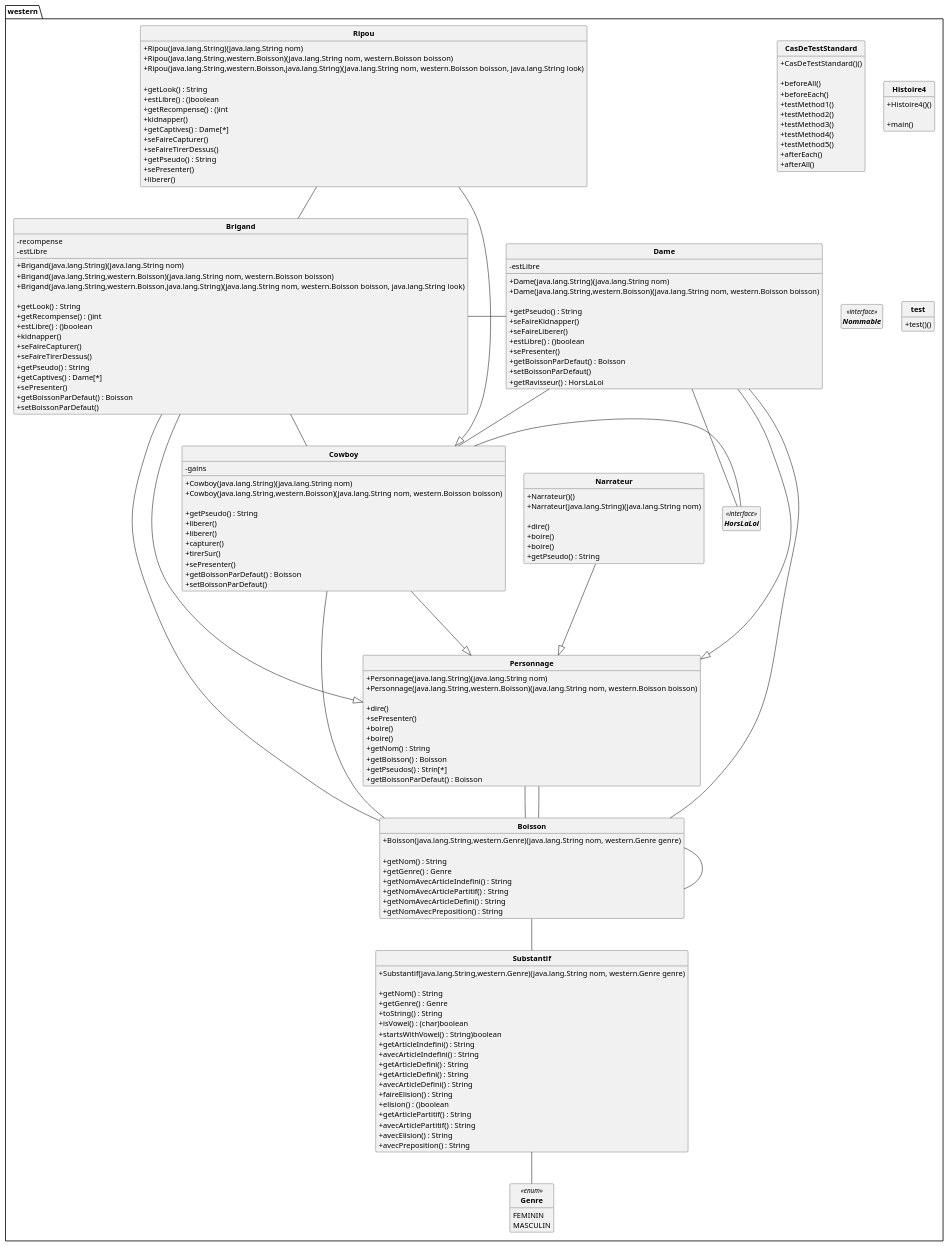
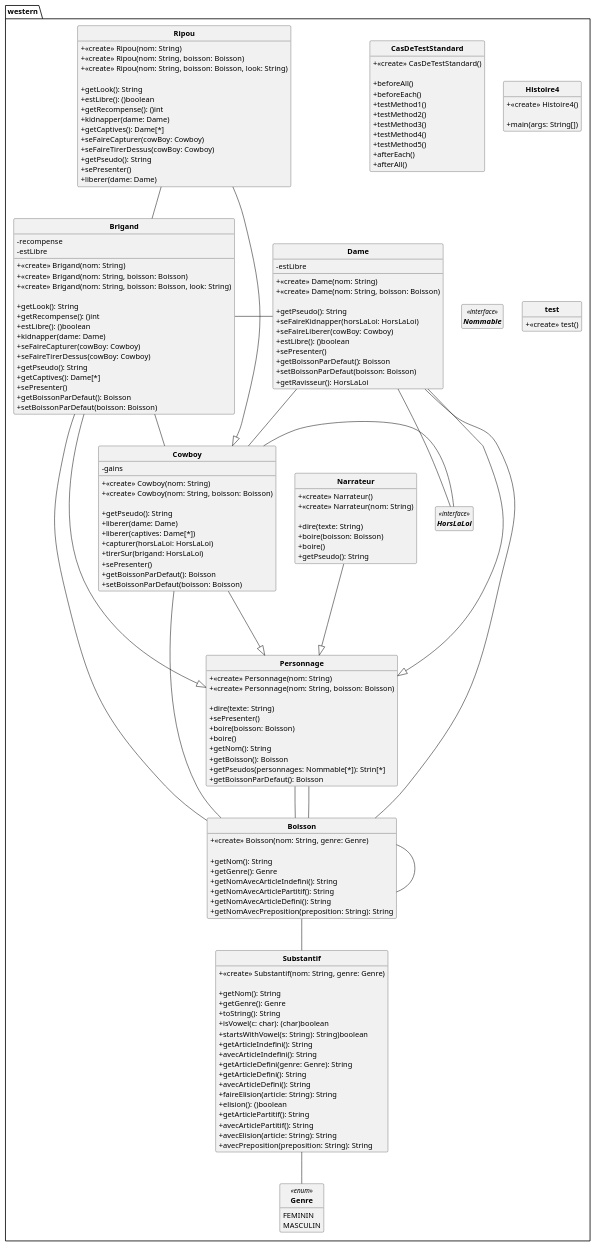
One commit to SylvainSchaefer/Java-to-PUML changed the diagram in src/pumlFromJava/DC_Western.puml. Above: the diagram before and after it, drawn with PlantUML. The commit also changed 1 other file, not shown here.

```diff
--- a/src/pumlFromJava/DC_Western.puml
+++ b/src/pumlFromJava/DC_Western.puml
@@ -7,14 +7,14 @@
 
 Class western.Boisson{
 
-+ Boisson(java.lang.String,western.Genre)(java.lang.String nom, western.Genre genre)
++ <<create>> Boisson(nom: String, genre: Genre)
 
-+ getNom() : String
-+ getGenre() : Genre
-+ getNomAvecArticleIndefini() : String
-+ getNomAvecArticlePartitif() : String
-+ getNomAvecArticleDefini() : String
-+ getNomAvecPreposition() : String
++ getNom(): String
++ getGenre(): Genre
++ getNomAvecArticleIndefini(): String
++ getNomAvecArticlePartitif(): String
++ getNomAvecArticleDefini(): String
++ getNomAvecPreposition(preposition: String): String
 
 }
 western.Boisson -- western.Substantif
@@ -25,21 +25,21 @@
 - recompense
 - estLibre
 
-+ Brigand(java.lang.String)(java.lang.String nom)
-+ Brigand(java.lang.String,western.Boisson)(java.lang.String nom, western.Boisson boisson)
-+ Brigand(java.lang.String,western.Boisson,java.lang.String)(java.lang.String nom, western.Boisson boisson, java.lang.String look)
++ <<create>> Brigand(nom: String)
++ <<create>> Brigand(nom: String, boisson: Boisson)
++ <<create>> Brigand(nom: String, boisson: Boisson, look: String)
 
-+ getLook() : String
-+ getRecompense() : ()int
-+ estLibre() : ()boolean
-+ kidnapper()
-+ seFaireCapturer()
-+ seFaireTirerDessus()
-+ getPseudo() : String
-+ getCaptives() : Dame[*]
++ getLook(): String
++ getRecompense(): ()int
++ estLibre(): ()boolean
++ kidnapper(dame: Dame)
++ seFaireCapturer(cowBoy: Cowboy)
++ seFaireTirerDessus(cowBoy: Cowboy)
++ getPseudo(): String
++ getCaptives(): Dame[*]
 + sePresenter()
-+ getBoissonParDefaut() : Boisson
-+ setBoissonParDefaut()
++ getBoissonParDefaut(): Boisson
++ setBoissonParDefaut(boisson: Boisson)
 
 }
 western.Brigand - western.Dame
@@ -49,7 +49,7 @@
 western.Brigand ---|> western.Personnage
 Class western.CasDeTestStandard{
 
-+ CasDeTestStandard()()
++ <<create>> CasDeTestStandard()
 
 + beforeAll()
 + beforeEach()
@@ -67,17 +67,17 @@
 Class western.Cowboy{
 - gains
 
-+ Cowboy(java.lang.String)(java.lang.String nom)
-+ Cowboy(java.lang.String,western.Boisson)(java.lang.String nom, western.Boisson boisson)
++ <<create>> Cowboy(nom: String)
++ <<create>> Cowboy(nom: String, boisson: Boisson)
 
-+ getPseudo() : String
-+ liberer()
-+ liberer()
-+ capturer()
-+ tirerSur()
++ getPseudo(): String
++ liberer(dame: Dame)
++ liberer(captives: Dame[*])
++ capturer(horsLaLoi: HorsLaLoi)
++ tirerSur(brigand: HorsLaLoi)
 + sePresenter()
-+ getBoissonParDefaut() : Boisson
-+ setBoissonParDefaut()
++ getBoissonParDefaut(): Boisson
++ setBoissonParDefaut(boisson: Boisson)
 
 }
 western.Cowboy - western.HorsLaLoi
@@ -87,17 +87,17 @@
 Class western.Dame{
 - estLibre
 
-+ Dame(java.lang.String)(java.lang.String nom)
-+ Dame(java.lang.String,western.Boisson)(java.lang.String nom, western.Boisson boisson)
++ <<create>> Dame(nom: String)
++ <<create>> Dame(nom: String, boisson: Boisson)
 
-+ getPseudo() : String
-+ seFaireKidnapper()
-+ seFaireLiberer()
-+ estLibre() : ()boolean
++ getPseudo(): String
++ seFaireKidnapper(horsLaLoi: HorsLaLoi)
++ seFaireLiberer(cowBoy: Cowboy)
++ estLibre(): ()boolean
 + sePresenter()
-+ getBoissonParDefaut() : Boisson
-+ setBoissonParDefaut()
-+ getRavisseur() : HorsLaLoi
++ getBoissonParDefaut(): Boisson
++ setBoissonParDefaut(boisson: Boisson)
++ getRavisseur(): HorsLaLoi
 
 }
 western.Dame -- western.Cowboy
@@ -112,9 +112,9 @@
 }
 Class western.Histoire4{
 
-+ Histoire4()()
++ <<create>> Histoire4()
 
-+ main()
++ main(args: String[])
 
 }
 
@@ -123,13 +123,13 @@
 }
 Class western.Narrateur{
 
-+ Narrateur()()
-+ Narrateur(java.lang.String)(java.lang.String nom)
++ <<create>> Narrateur()
++ <<create>> Narrateur(nom: String)
 
-+ dire()
++ dire(texte: String)
++ boire(boisson: Boisson)
 + boire()
-+ boire()
-+ getPseudo() : String
++ getPseudo(): String
 
 }
 
@@ -138,17 +138,17 @@
 }
 Class western.Personnage{
 
-+ Personnage(java.lang.String)(java.lang.String nom)
-+ Personnage(java.lang.String,western.Boisson)(java.lang.String nom, western.Boisson boisson)
++ <<create>> Personnage(nom: String)
++ <<create>> Personnage(nom: String, boisson: Boisson)
 
-+ dire()
++ dire(texte: String)
 + sePresenter()
++ boire(boisson: Boisson)
 + boire()
-+ boire()
-+ getNom() : String
-+ getBoisson() : Boisson
-+ getPseudos() : Strin[*]
-+ getBoissonParDefaut() : Boisson
++ getNom(): String
++ getBoisson(): Boisson
++ getPseudos(personnages: Nommable[*]): Strin[*]
++ getBoissonParDefaut(): Boisson
 
 }
 western.Personnage -- western.Boisson
@@ -157,20 +157,20 @@
 
 Class western.Ripou{
 
-+ Ripou(java.lang.String)(java.lang.String nom)
-+ Ripou(java.lang.String,western.Boisson)(java.lang.String nom, western.Boisson boisson)
-+ Ripou(java.lang.String,western.Boisson,java.lang.String)(java.lang.String nom, western.Boisson boisson, java.lang.String look)
++ <<create>> Ripou(nom: String)
++ <<create>> Ripou(nom: String, boisson: Boisson)
++ <<create>> Ripou(nom: String, boisson: Boisson, look: String)
 
-+ getLook() : String
-+ estLibre() : ()boolean
-+ getRecompense() : ()int
-+ kidnapper()
-+ getCaptives() : Dame[*]
-+ seFaireCapturer()
-+ seFaireTirerDessus()
-+ getPseudo() : String
++ getLook(): String
++ estLibre(): ()boolean
++ getRecompense(): ()int
++ kidnapper(dame: Dame)
++ getCaptives(): Dame[*]
++ seFaireCapturer(cowBoy: Cowboy)
++ seFaireTirerDessus(cowBoy: Cowboy)
++ getPseudo(): String
 + sePresenter()
-+ liberer()
++ liberer(dame: Dame)
 
 }
 western.Ripou -- western.Brigand
@@ -178,24 +178,24 @@
 western.Ripou ---|> western.Cowboy
 Class western.Substantif{
 
-+ Substantif(java.lang.String,western.Genre)(java.lang.String nom, western.Genre genre)
++ <<create>> Substantif(nom: String, genre: Genre)
 
-+ getNom() : String
-+ getGenre() : Genre
-+ toString() : String
-+ isVowel() : (char)boolean
-+ startsWithVowel() : String)boolean
-+ getArticleIndefini() : String
-+ avecArticleIndefini() : String
-+ getArticleDefini() : String
-+ getArticleDefini() : String
-+ avecArticleDefini() : String
-+ faireElision() : String
-+ elision() : ()boolean
-+ getArticlePartitif() : String
-+ avecArticlePartitif() : String
-+ avecElision() : String
-+ avecPreposition() : String
++ getNom(): String
++ getGenre(): Genre
++ toString(): String
++ isVowel(c: char): (char)boolean
++ startsWithVowel(s: String): String)boolean
++ getArticleIndefini(): String
++ avecArticleIndefini(): String
++ getArticleDefini(genre: Genre): String
++ getArticleDefini(): String
++ avecArticleDefini(): String
++ faireElision(article: String): String
++ elision(): ()boolean
++ getArticlePartitif(): String
++ avecArticlePartitif(): String
++ avecElision(article: String): String
++ avecPreposition(preposition: String): String
 
 }
 western.Substantif -- western.Genre
@@ -203,7 +203,7 @@
 
 Class western.test{
 
-+ test()()
++ <<create>> test()
 
 
 }
```
